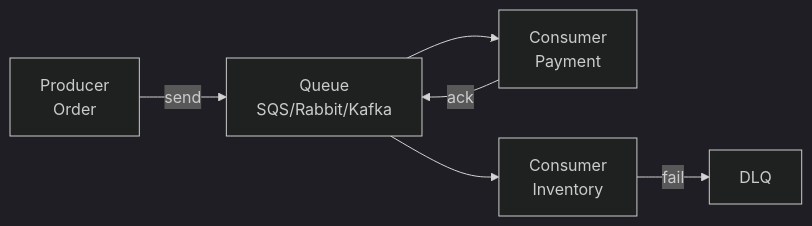
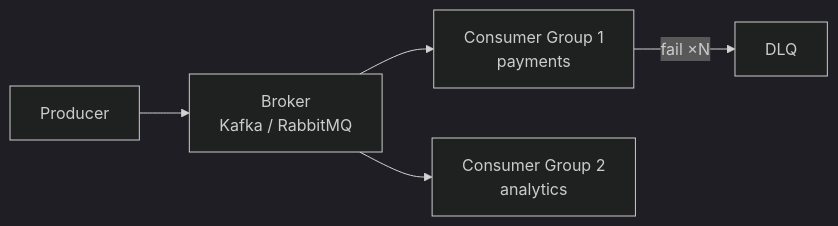
Before and after one commit to rakshitagarwal/champ-dsa: the diagram in content/system-design/message-queue.md, drawn with Mermaid (dark theme). The commit also changed other lines of this file and 100 other files, not shown here.

````diff
--- a/content/system-design/message-queue.md
+++ b/content/system-design/message-queue.md
@@ -30,8 +51,7 @@
 ```mermaid
 graph LR
-    A[Producer<br/>Order] -->|send| B[Queue<br/>SQS/Rabbit/Kafka]
-    B --> C[Consumer<br/>Payment]
-    B --> D[Consumer<br/>Inventory]
-    C -->|ack| B
-    D -->|fail| E[DLQ]
+    A[Producer] --> B[Broker<br/>Kafka / RabbitMQ]
+    B --> C[Consumer Group 1<br/>payments]
+    B --> D[Consumer Group 2<br/>analytics]
+    C -->|fail ×N| E[DLQ]
 ```
````
